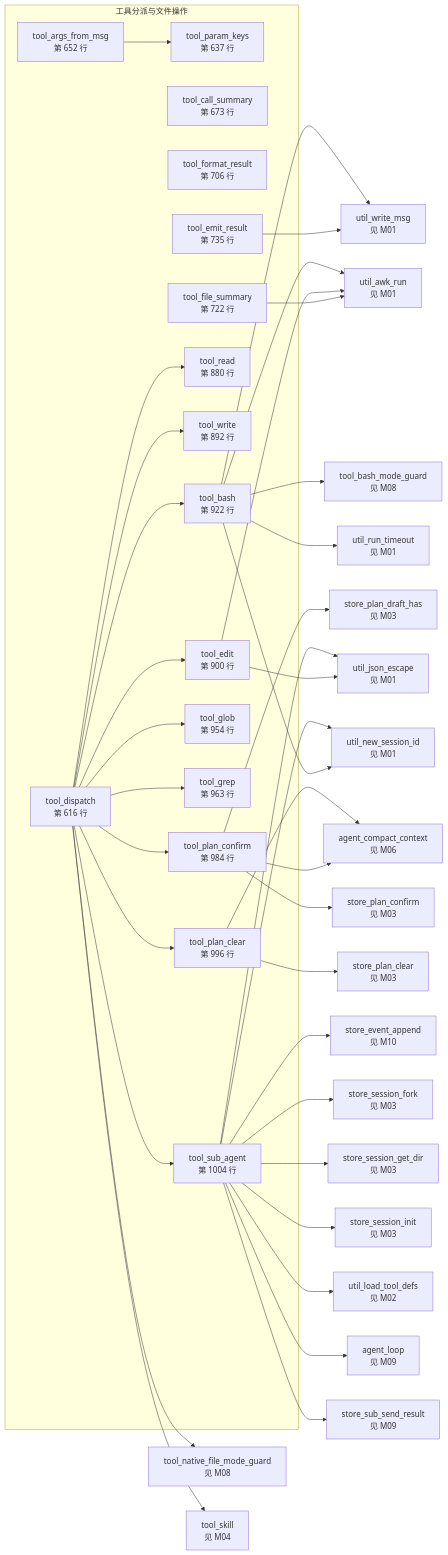
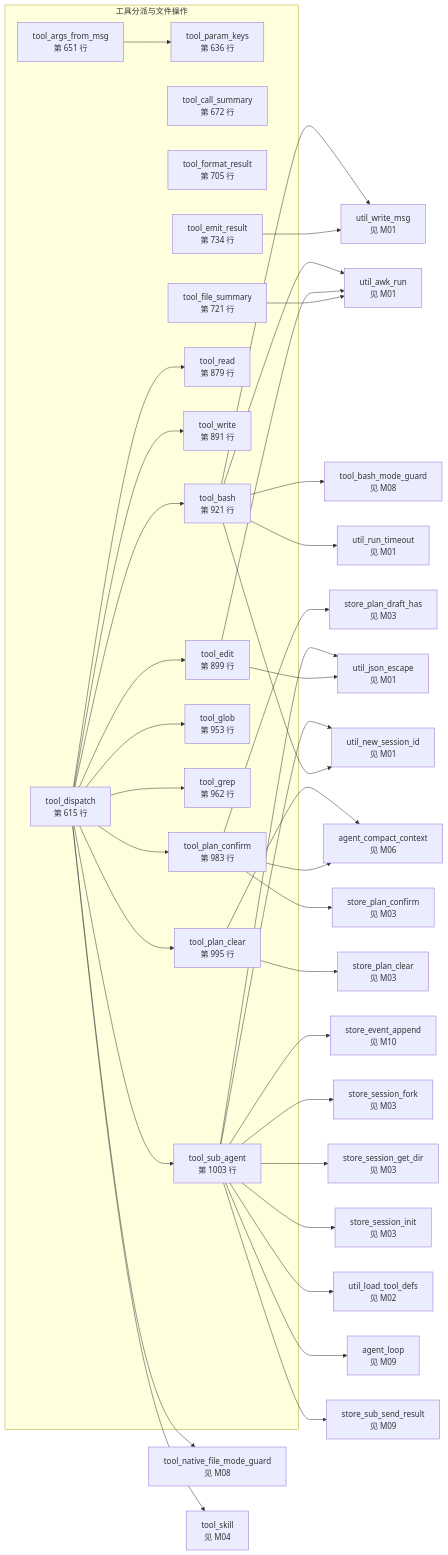
One commit to lloydzhou/bash-agent changed the ninth of 15 diagrams in docs/bash-data-flow.md. Above: the diagram before and after it, drawn with Mermaid. The commit also changed other lines of this file and 1 other file, not shown here.

````diff
--- a/docs/bash-data-flow.md
+++ b/docs/bash-data-flow.md
@@ -329,75 +329,75 @@
 ```mermaid
 flowchart LR
   subgraph mod_7["工具分派与文件操作"]
-    f_tool_dispatch["tool_dispatch<br/>第 616 行"]
-    f_tool_param_keys["tool_param_keys<br/>第 637 行"]
-    f_tool_args_from_msg["tool_args_from_msg<br/>第 652 行"]
-    f_tool_call_summary["tool_call_summary<br/>第 673 行"]
-    f_tool_format_result["tool_format_result<br/>第 706 行"]
-    f_tool_file_summary["tool_file_summary<br/>第 722 行"]
-    f_tool_emit_result["tool_emit_result<br/>第 735 行"]
-    f_tool_read["tool_read<br/>第 880 行"]
-    f_tool_write["tool_write<br/>第 892 行"]
-    f_tool_edit["tool_edit<br/>第 900 行"]
-    f_tool_bash["tool_bash<br/>第 922 行"]
-    f_tool_glob["tool_glob<br/>第 954 行"]
-    f_tool_grep["tool_grep<br/>第 963 行"]
-    f_tool_plan_confirm["tool_plan_confirm<br/>第 984 行"]
-    f_tool_plan_clear["tool_plan_clear<br/>第 996 行"]
-    f_tool_sub_agent["tool_sub_agent<br/>第 1004 行"]
+    f_tool_dispatch["tool_dispatch<br/>第 615 行"]
+    f_tool_param_keys["tool_param_keys<br/>第 636 行"]
+    f_tool_args_from_msg["tool_args_from_msg<br/>第 651 行"]
+    f_tool_call_summary["tool_call_summary<br/>第 672 行"]
+    f_tool_format_result["tool_format_result<br/>第 705 行"]
+    f_tool_file_summary["tool_file_summary<br/>第 721 行"]
+    f_tool_emit_result["tool_emit_result<br/>第 734 行"]
+    f_tool_read["tool_read<br/>第 879 行"]
+    f_tool_write["tool_write<br/>第 891 行"]
+    f_tool_edit["tool_edit<br/>第 899 行"]
+    f_tool_bash["tool_bash<br/>第 921 行"]
+    f_tool_glob["tool_glob<br/>第 953 行"]
+    f_tool_grep["tool_grep<br/>第 962 行"]
+    f_tool_plan_confirm["tool_plan_confirm<br/>第 983 行"]
+    f_tool_plan_clear["tool_plan_clear<br/>第 995 行"]
+    f_tool_sub_agent["tool_sub_agent<br/>第 1003 行"]
   end
   f_agent_compact_context["agent_compact_context<br/>见 M06"]
   f_agent_loop["agent_loop<br/>见 M09"]
   f_store_event_append["store_event_append<br/>见 M10"]
   f_store_plan_clear["store_plan_clear<br/>见 M03"]
   f_store_plan_confirm["store_plan_confirm<br/>见 M03"]
   f_store_plan_draft_has["store_plan_draft_has<br/>见 M03"]
   f_store_session_fork["store_session_fork<br/>见 M03"]
   f_store_session_get_dir["store_session_get_dir<br/>见 M03"]
   f_store_session_init["store_session_init<br/>见 M03"]
   f_store_sub_send_result["store_sub_send_result<br/>见 M09"]
   f_tool_bash_mode_guard["tool_bash_mode_guard<br/>见 M08"]
   f_tool_native_file_mode_guard["tool_native_file_mode_guard<br/>见 M08"]
   f_tool_skill["tool_skill<br/>见 M04"]
   f_util_awk_run["util_awk_run<br/>见 M01"]
   f_util_json_escape["util_json_escape<br/>见 M01"]
   f_util_load_tool_defs["util_load_tool_defs<br/>见 M02"]
   f_util_new_session_id["util_new_session_id<br/>见 M01"]
   f_util_run_timeout["util_run_timeout<br/>见 M01"]
   f_util_write_msg["util_write_msg<br/>见 M01"]
   f_tool_dispatch --> f_tool_native_file_mode_guard
   f_tool_dispatch --> f_tool_read
   f_tool_dispatch --> f_tool_write
   f_tool_dispatch --> f_tool_edit
   f_tool_dispatch --> f_tool_bash
   f_tool_dispatch --> f_tool_glob
   f_tool_dispatch --> f_tool_grep
   f_tool_dispatch --> f_tool_plan_confirm
   f_tool_dispatch --> f_tool_plan_clear
   f_tool_dispatch --> f_tool_skill
   f_tool_dispatch --> f_tool_sub_agent
   f_tool_args_from_msg --> f_tool_param_keys
   f_tool_file_summary --> f_util_awk_run
   f_tool_emit_result --> f_util_write_msg
   f_tool_edit --> f_util_json_escape
   f_tool_edit --> f_util_awk_run
   f_tool_bash --> f_tool_bash_mode_guard
   f_tool_bash --> f_util_new_session_id
   f_tool_bash --> f_util_write_msg
   f_tool_bash --> f_util_run_timeout
   f_tool_bash --> f_util_awk_run
   f_tool_plan_confirm --> f_store_plan_draft_has
   f_tool_plan_confirm --> f_agent_compact_context
   f_tool_plan_confirm --> f_store_plan_confirm
   f_tool_plan_clear --> f_agent_compact_context
   f_tool_plan_clear --> f_store_plan_clear
   f_tool_sub_agent --> f_util_new_session_id
   f_tool_sub_agent --> f_store_event_append
   f_tool_sub_agent --> f_util_json_escape
   f_tool_sub_agent --> f_store_session_fork
   f_tool_sub_agent --> f_store_session_get_dir
   f_tool_sub_agent --> f_store_session_init
   f_tool_sub_agent --> f_util_load_tool_defs
   f_tool_sub_agent --> f_agent_loop
   f_tool_sub_agent --> f_store_sub_send_result
 ```
````
